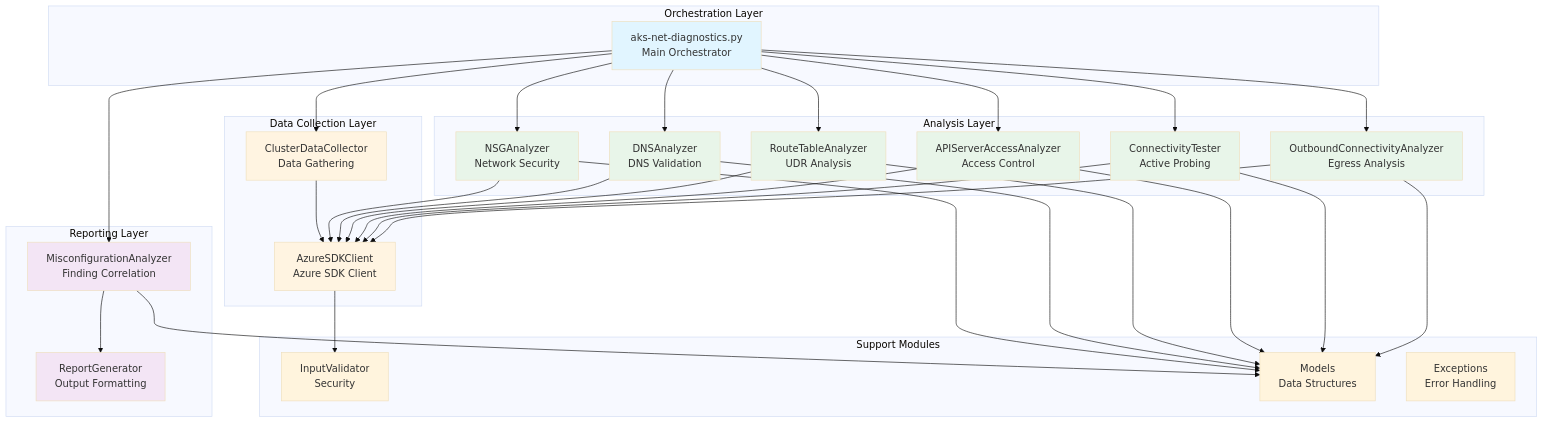
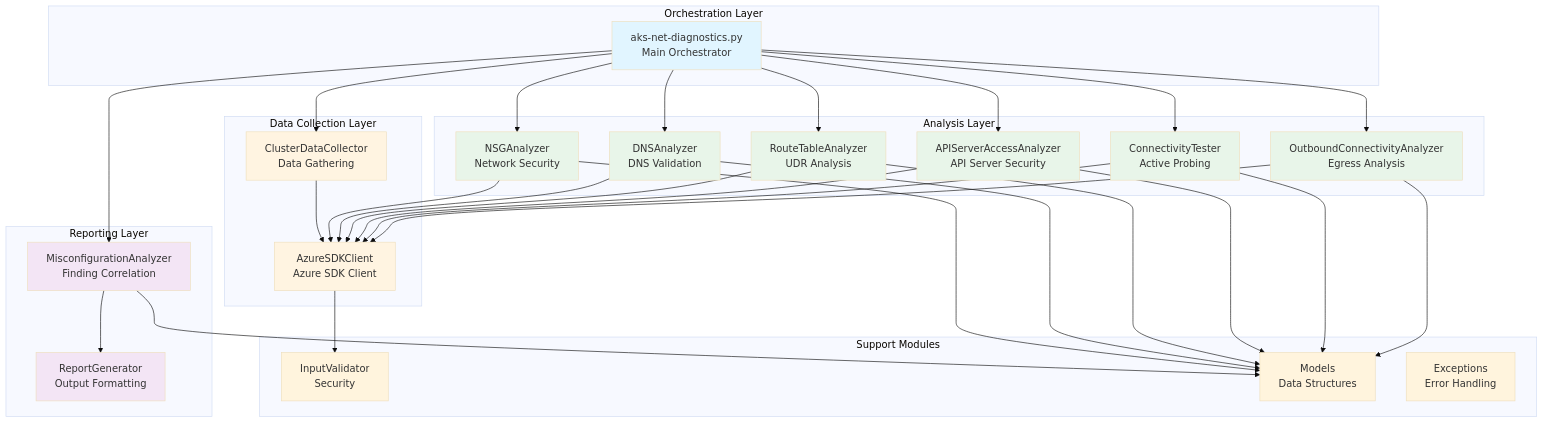
Before and after one commit to sturrent/aks-net-diagnostics: the first of 5 diagrams in ARCHITECTURE.md, drawn with Mermaid (base theme). The commit also changed other lines of this file, not shown here.

First line of the commit message:
docs: Clarify APIServerAccessAnalyzer purpose in architecture

````diff
--- a/ARCHITECTURE.md
+++ b/ARCHITECTURE.md
@@ -20,55 +20,55 @@
 ```mermaid
 graph TB
     subgraph "Orchestration Layer"
         Main[aks-net-diagnostics.py<br/>Main Orchestrator]
     end
     
     subgraph "Data Collection Layer"
         CDC[ClusterDataCollector<br/>Data Gathering]
         AzSDK[AzureSDKClient<br/>Azure SDK Client]
     end
     
     subgraph "Analysis Layer"
         NSG[NSGAnalyzer<br/>Network Security]
         DNS[DNSAnalyzer<br/>DNS Validation]
         RT[RouteTableAnalyzer<br/>UDR Analysis]
-        API[APIServerAccessAnalyzer<br/>Access Control]
+        API[APIServerAccessAnalyzer<br/>API Server Security]
         CT[ConnectivityTester<br/>Active Probing]
         OB[OutboundConnectivityAnalyzer<br/>Egress Analysis]
     end
     
     subgraph "Reporting Layer"
         MA[MisconfigurationAnalyzer<br/>Finding Correlation]
         RG[ReportGenerator<br/>Output Formatting]
     end
     
     subgraph "Support Modules"
         Val[InputValidator<br/>Security]
         Mod[Models<br/>Data Structures]
         Exc[Exceptions<br/>Error Handling]
     end
     
     Main --> CDC
     Main --> NSG & DNS & RT & API & CT & OB
     Main --> MA --> RG
     
     CDC --> AzSDK
     NSG & DNS & RT & API & CT & OB --> AzSDK
     
     AzSDK --> Val
     
     NSG & DNS & RT & API & CT & OB --> Mod
     MA --> Mod
     
     style Main fill:#e1f5ff
     style CDC fill:#fff4e1
     style AzSDK fill:#fff4e1
     style NSG fill:#e8f5e9
     style DNS fill:#e8f5e9
     style RT fill:#e8f5e9
     style API fill:#e8f5e9
     style CT fill:#e8f5e9
     style OB fill:#e8f5e9
     style MA fill:#f3e5f5
     style RG fill:#f3e5f5
 ```
````
